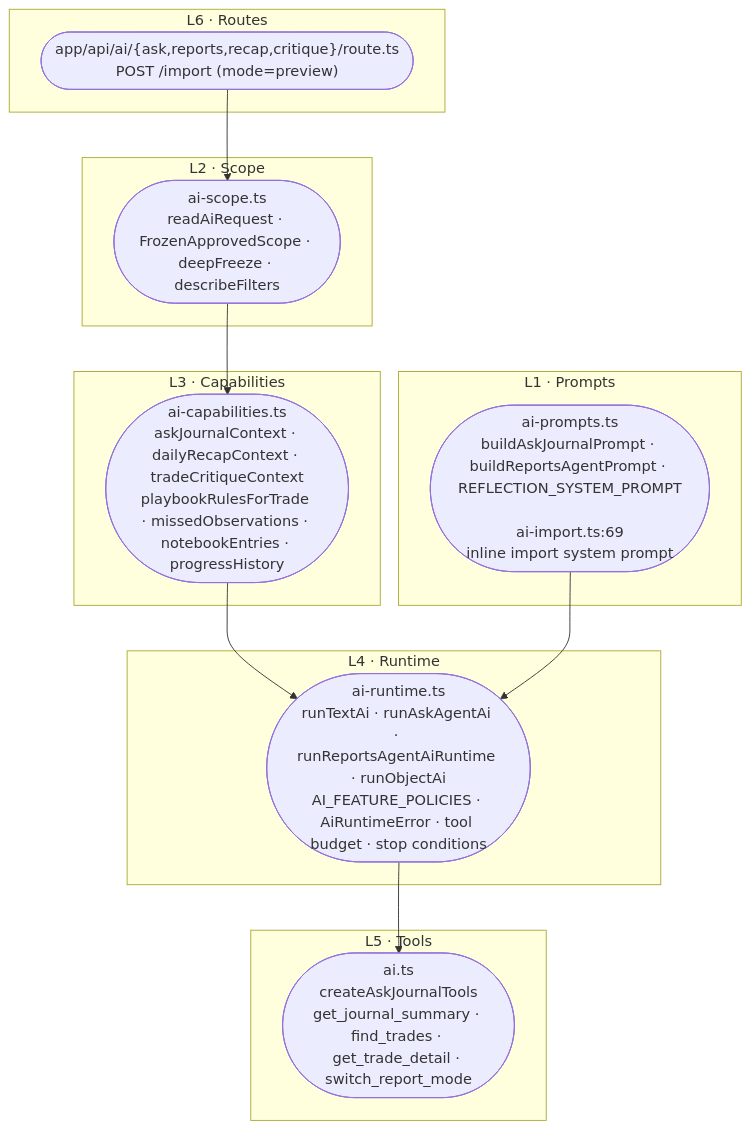
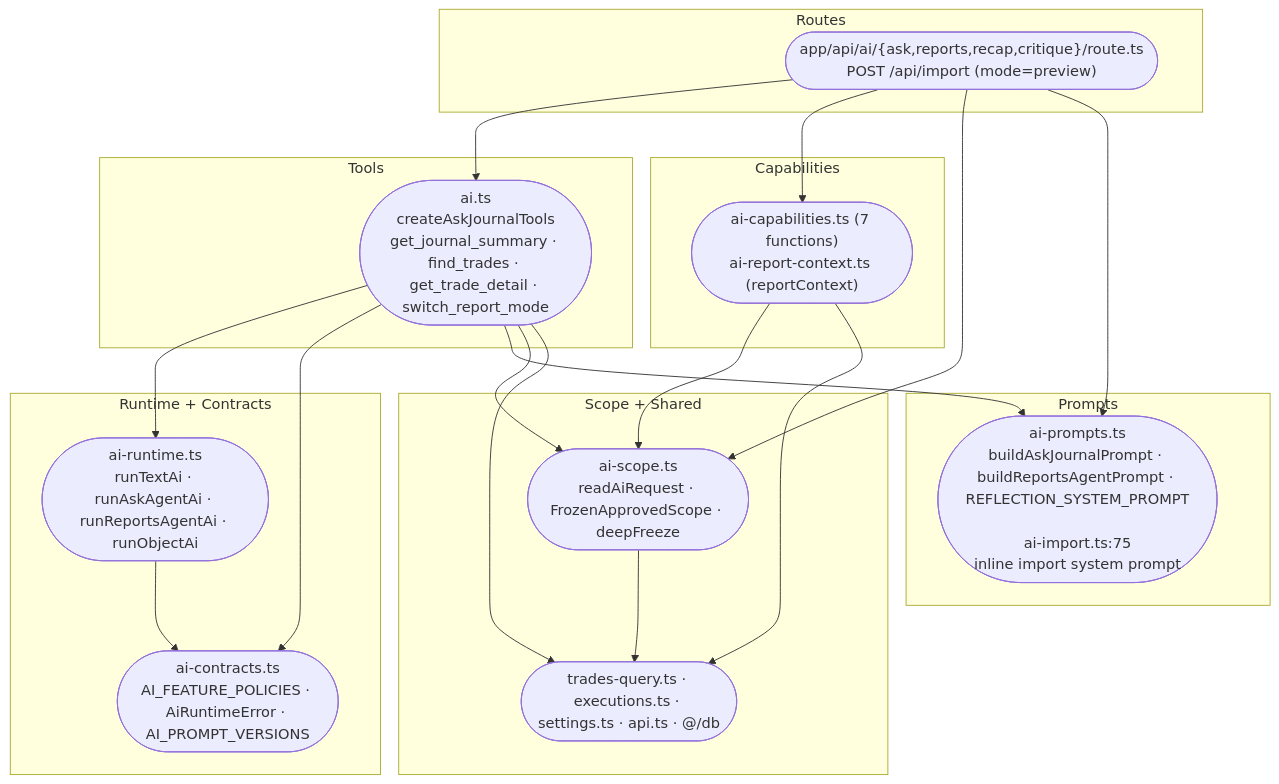
The second of 5 diagrams in docs/architecture-discovery/09-dependencies-and-coupling.md (PraiseSinkamba/trade-journal), drawn with Mermaid before and after one commit. The commit also changed other lines of this file and 17 other files, not shown here.

First line of the commit message:
Complete the architecture discovery package and record the AI-native journal decisions

````diff
--- a/docs/architecture-discovery/09-dependencies-and-coupling.md
+++ b/docs/architecture-discovery/09-dependencies-and-coupling.md
@@ -101,32 +110,42 @@
 ```mermaid
 flowchart TB
-    subgraph "L1 · Prompts"
-        P(["ai-prompts.ts\nbuildAskJournalPrompt · buildReportsAgentPrompt · REFLECTION_SYSTEM_PROMPT\n\nai-import.ts:69\ninline import system prompt"])
+    subgraph "Routes"
+        X(["app/api/ai/{ask,reports,recap,critique}/route.ts\nPOST /api/import (mode=preview)"])
     end
 
-    subgraph "L2 · Scope"
-        S(["ai-scope.ts\nreadAiRequest · FrozenApprovedScope · deepFreeze · describeFilters"])
-    end
-
-    subgraph "L3 · Capabilities"
-        C(["ai-capabilities.ts\naskJournalContext · dailyRecapContext · tradeCritiqueContext\nplaybookRulesForTrade · missedObservations · notebookEntries · progressHistory"])
-    end
-
-    subgraph "L4 · Runtime"
-        R(["ai-runtime.ts\nrunTextAi · runAskAgentAi · runReportsAgentAiRuntime · runObjectAi\nAI_FEATURE_POLICIES · AiRuntimeError · tool budget · stop conditions"])
-    end
-
-    subgraph "L5 · Tools"
+    subgraph "Tools"
         T(["ai.ts\ncreateAskJournalTools\nget_journal_summary · find_trades · get_trade_detail · switch_report_mode"])
     end
 
-    subgraph "L6 · Routes"
-        X(["app/api/ai/{ask,reports,recap,critique}/route.ts\nPOST /import (mode=preview)"])
+    subgraph "Capabilities"
+        C(["ai-capabilities.ts (7 functions)\nai-report-context.ts (reportContext)"])
     end
 
+    subgraph "Runtime + Contracts"
+        R(["ai-runtime.ts\nrunTextAi · runAskAgentAi · runReportsAgentAi · runObjectAi"])
+        K(["ai-contracts.ts\nAI_FEATURE_POLICIES · AiRuntimeError · AI_PROMPT_VERSIONS"])
+    end
+
+    subgraph "Prompts"
+        P(["ai-prompts.ts\nbuildAskJournalPrompt · buildReportsAgentPrompt · REFLECTION_SYSTEM_PROMPT\n\nai-import.ts:75\ninline import system prompt"])
+    end
+
+    subgraph "Scope + Shared"
+        S(["ai-scope.ts\nreadAiRequest · FrozenApprovedScope · deepFreeze"])
+        D(["trades-query.ts · executions.ts · settings.ts · api.ts · @/db"])
+    end
+
+    X --> T
+    X --> C
     X --> S
-    S --> C
-    C --> R
-    R --> T
-    P --> R
+    X --> P
+    T --> R
+    T --> K
+    T --> P
+    T --> S
+    T --> D
+    C --> S
+    C --> D
+    R --> K
+    S --> D
 ```
````
